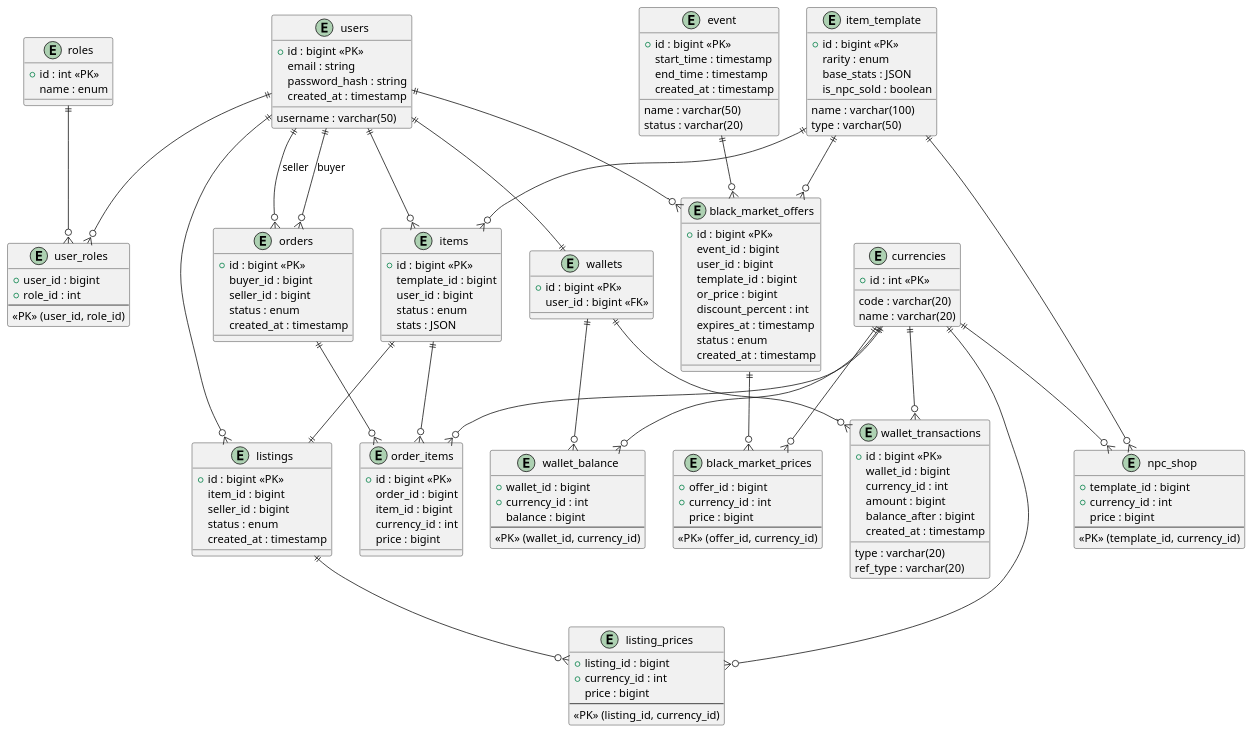
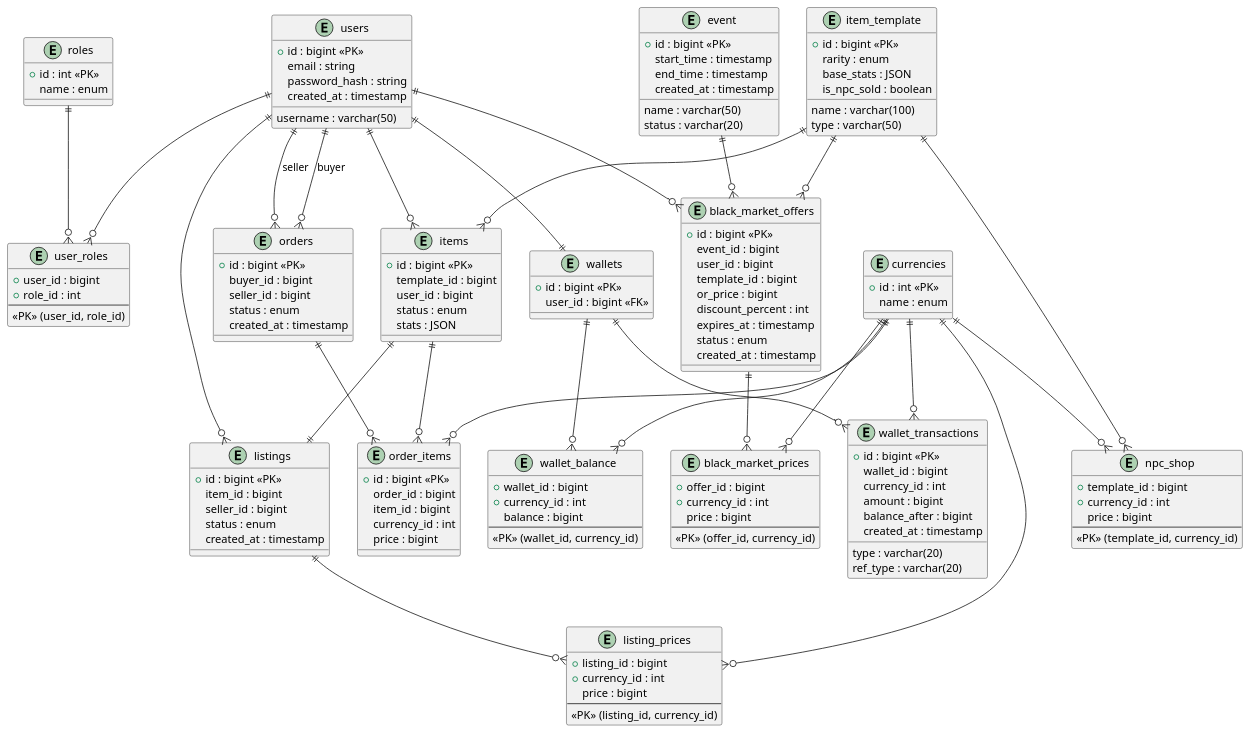
One commit to HHuongDuong/RuneForgeMarket changed the diagram in docs/erd-diagram.md. Above: the diagram before and after it, drawn with PlantUML. The commit also changed 15 other files, not shown here.

```diff
--- a/docs/erd-diagram.md
+++ b/docs/erd-diagram.md
@@ -35,8 +35,7 @@
 
 entity currencies {
   +id : int <<PK>>
-  code : varchar(20)
-  name : varchar(20)
+  name : enum
 }
 
 entity wallet_balance {
```
